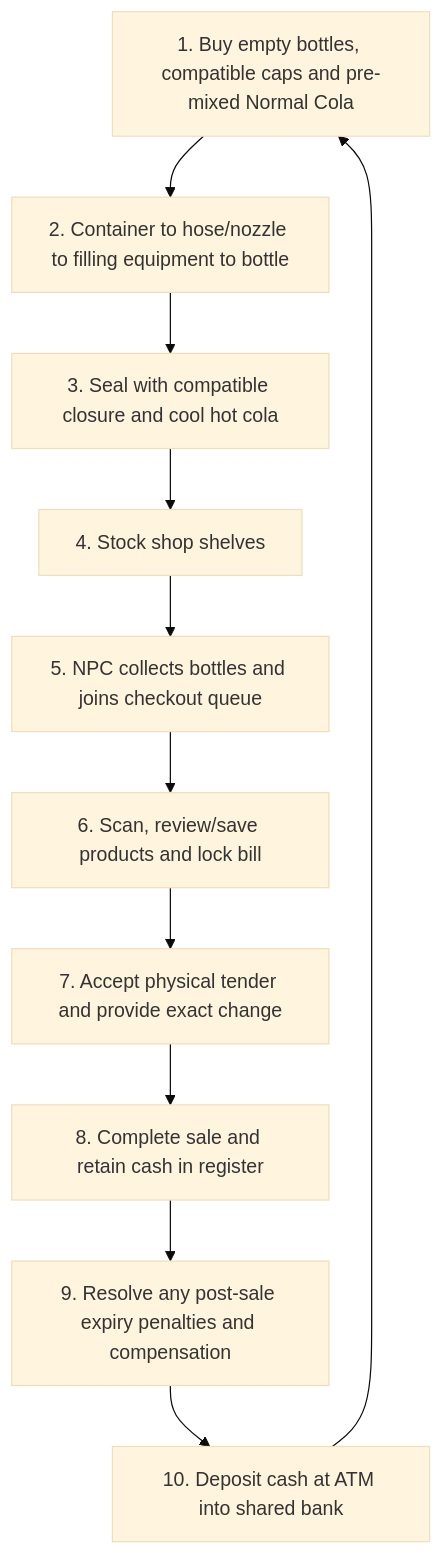
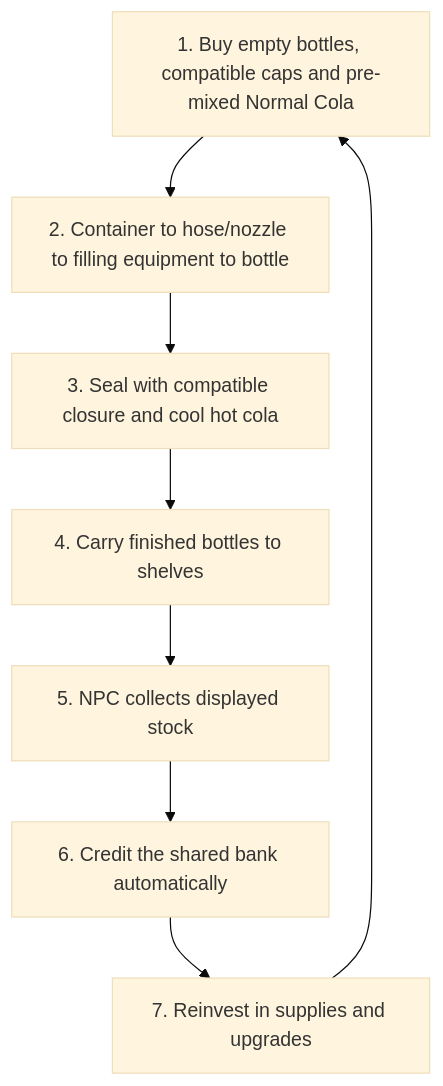
Before and after one commit to VasuSharma-vs/ColossalFizzCo: the diagram in Docs/GDD_Master.md, drawn with Mermaid (base theme). The commit also changed other lines of this file and 154 other files, not shown here.

Commit message:
Add flow controllers, machine upgrades, shop purchases, and prototype settings

````diff
--- a/Docs/GDD_Master.md
+++ b/Docs/GDD_Master.md
@@ -78,13 +80,10 @@
 ```mermaid
 flowchart TD
     A["1. Buy empty bottles, compatible caps and pre-mixed Normal Cola"] --> B["2. Container to hose/nozzle to filling equipment to bottle"]
     B --> C["3. Seal with compatible closure and cool hot cola"]
-    C --> D["4. Stock shop shelves"]
-    D --> E["5. NPC collects bottles and joins checkout queue"]
-    E --> F["6. Scan, review/save products and lock bill"]
-    F --> G["7. Accept physical tender and provide exact change"]
-    G --> H["8. Complete sale and retain cash in register"]
-    H --> I["9. Resolve any post-sale expiry penalties and compensation"]
-    I --> J["10. Deposit cash at ATM into shared bank"]
-    J --> A
+    C --> D["4. Carry finished bottles to shelves"]
+    D --> E["5. NPC collects displayed stock"]
+    E --> F["6. Credit the shared bank automatically"]
+    F --> G["7. Reinvest in supplies and upgrades"]
+    G --> A
 ```
````
